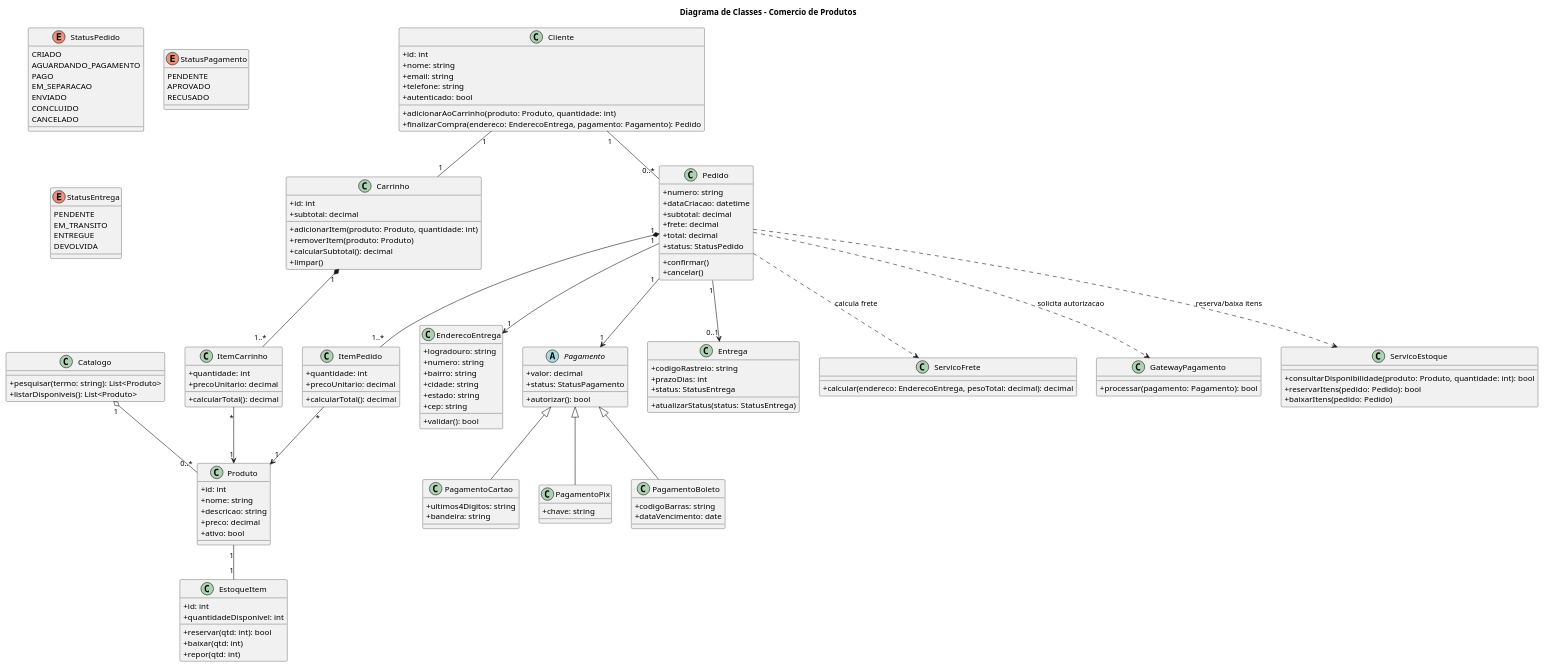
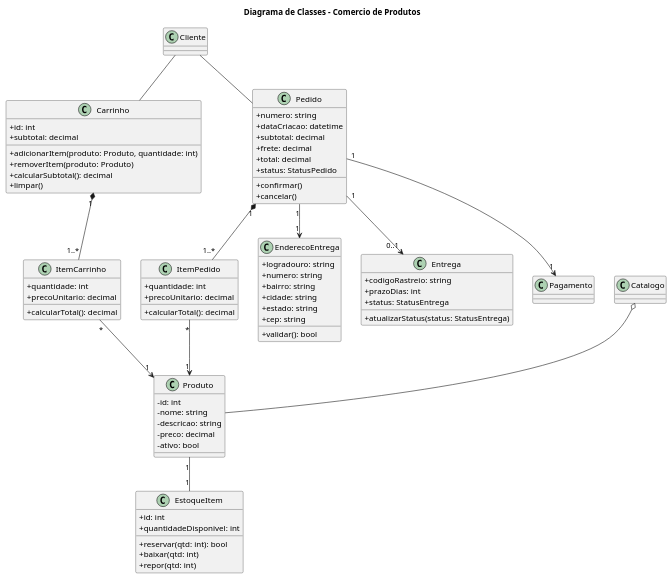
Before and after one commit to jonh-carvalho/PBE_26.2_8002: the diagram in puml/diagramadeclasse.puml, drawn with PlantUML. The commit also changed 7 other files, not shown here.

```diff
--- a/puml/diagramadeclasse.puml
+++ b/puml/diagramadeclasse.puml
@@ -1,165 +1,94 @@
 @startuml
 title Diagrama de Classes - Comercio de Produtos
 
 skinparam classAttributeIconSize 0
 
 class Cliente {
-	+id: int
-	+nome: string
-	+email: string
-	+telefone: string
-	+autenticado: bool
-	+adicionarAoCarrinho(produto: Produto, quantidade: int)
-	+finalizarCompra(endereco: EnderecoEntrega, pagamento: Pagamento): Pedido
-}
+	}
 
 class Catalogo {
-	+pesquisar(termo: string): List<Produto>
-	+listarDisponiveis(): List<Produto>
+	
 }
 
 class Produto {
-	+id: int
-	+nome: string
-	+descricao: string
-	+preco: decimal
-	+ativo: bool
+	-id: int
+	- nome: string
+	- descricao: string
+	- preco: decimal
+	- ativo: bool
 }
 
 class EstoqueItem {
 	+id: int
 	+quantidadeDisponivel: int
 	+reservar(qtd: int): bool
 	+baixar(qtd: int)
 	+repor(qtd: int)
 }
 
 class Carrinho {
 	+id: int
 	+subtotal: decimal
 	+adicionarItem(produto: Produto, quantidade: int)
 	+removerItem(produto: Produto)
 	+calcularSubtotal(): decimal
 	+limpar()
 }
 
 class ItemCarrinho {
 	+quantidade: int
 	+precoUnitario: decimal
 	+calcularTotal(): decimal
 }
 
 class Pedido {
 	+numero: string
 	+dataCriacao: datetime
 	+subtotal: decimal
 	+frete: decimal
 	+total: decimal
 	+status: StatusPedido
 	+confirmar()
 	+cancelar()
 }
 
 class ItemPedido {
 	+quantidade: int
 	+precoUnitario: decimal
 	+calcularTotal(): decimal
 }
 
 class EnderecoEntrega {
 	+logradouro: string
 	+numero: string
 	+bairro: string
 	+cidade: string
 	+estado: string
 	+cep: string
 	+validar(): bool
 }
 
-abstract class Pagamento {
-	+valor: decimal
-	+status: StatusPagamento
-	+autorizar(): bool
-}
 
-class PagamentoCartao {
-	+ultimos4Digitos: string
-	+bandeira: string
-}
-
-class PagamentoPix {
-	+chave: string
-}
-
-class PagamentoBoleto {
-	+codigoBarras: string
-	+dataVencimento: date
-}
 
 class Entrega {
 	+codigoRastreio: string
 	+prazoDias: int
 	+status: StatusEntrega
 	+atualizarStatus(status: StatusEntrega)
 }
 
-class ServicoFrete {
-	+calcular(endereco: EnderecoEntrega, pesoTotal: decimal): decimal
-}
-
-class GatewayPagamento {
-	+processar(pagamento: Pagamento): bool
-}
-
-class ServicoEstoque {
-	+consultarDisponibilidade(produto: Produto, quantidade: int): bool
-	+reservarItens(pedido: Pedido): bool
-	+baixarItens(pedido: Pedido)
-}
-
-enum StatusPedido {
-	CRIADO
-	AGUARDANDO_PAGAMENTO
-	PAGO
-	EM_SEPARACAO
-	ENVIADO
-	CONCLUIDO
-	CANCELADO
-}
-
-enum StatusPagamento {
-	PENDENTE
-	APROVADO
-	RECUSADO
-}
-
-enum StatusEntrega {
-	PENDENTE
-	EM_TRANSITO
-	ENTREGUE
-	DEVOLVIDA
-}
-
-Cliente "1" -- "1" Carrinho
-Cliente "1" -- "0..*" Pedido
-Catalogo "1" o-- "0..*" Produto
+Cliente  --  Carrinho
+Cliente  --  Pedido
+Catalogo  o--  Produto
 Produto "1" -- "1" EstoqueItem
 
 Carrinho "1" *-- "1..*" ItemCarrinho
 ItemCarrinho "*" --> "1" Produto
 
 Pedido "1" *-- "1..*" ItemPedido
 ItemPedido "*" --> "1" Produto
 Pedido "1" --> "1" EnderecoEntrega
 Pedido "1" --> "1" Pagamento
 Pedido "1" --> "0..1" Entrega
 
-Pagamento <|-- PagamentoCartao
-Pagamento <|-- PagamentoPix
-Pagamento <|-- PagamentoBoleto
-
-Pedido ..> ServicoFrete : calcula frete
-Pedido ..> GatewayPagamento : solicita autorizacao
-Pedido ..> ServicoEstoque : reserva/baixa itens
-
 @enduml
```
